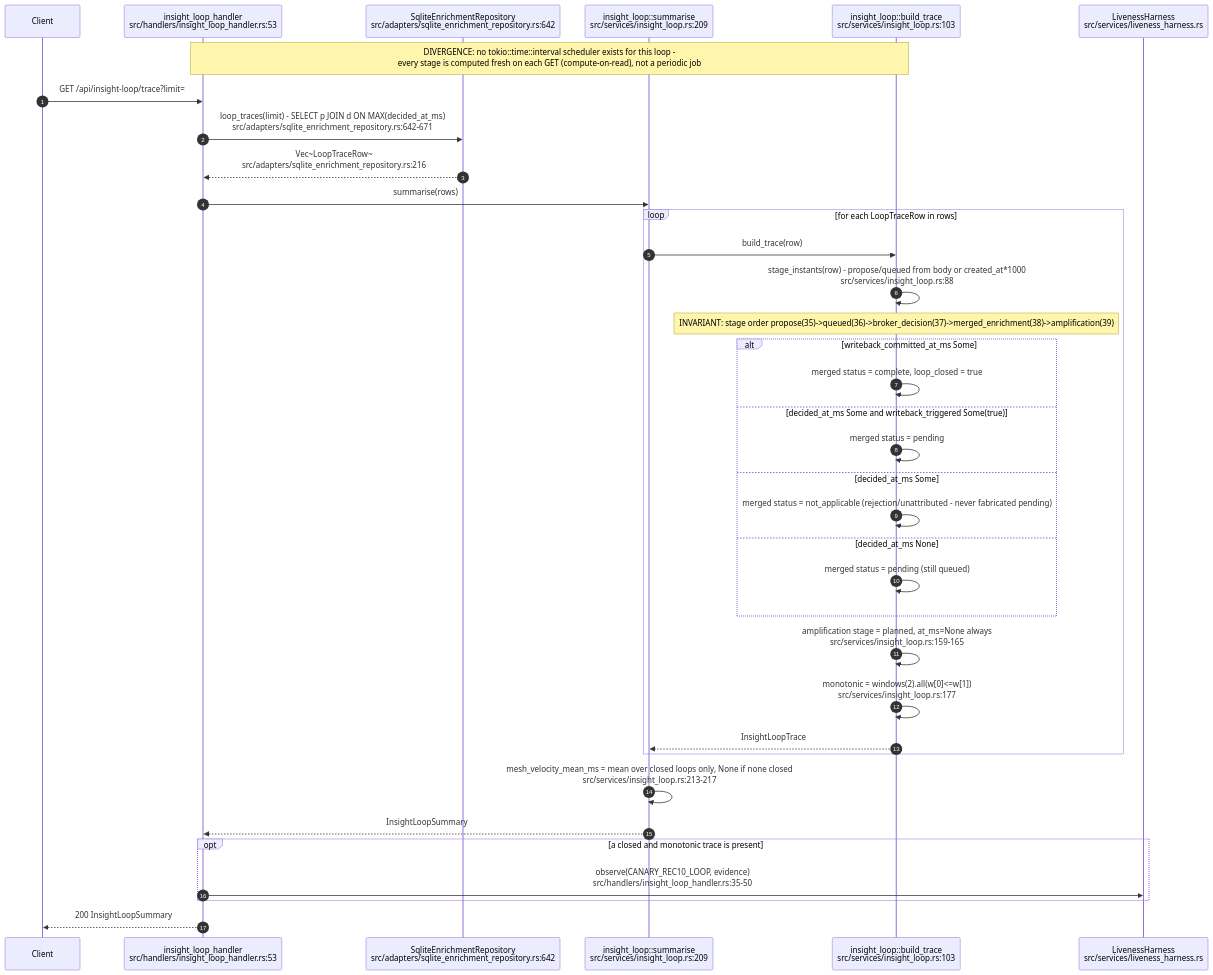
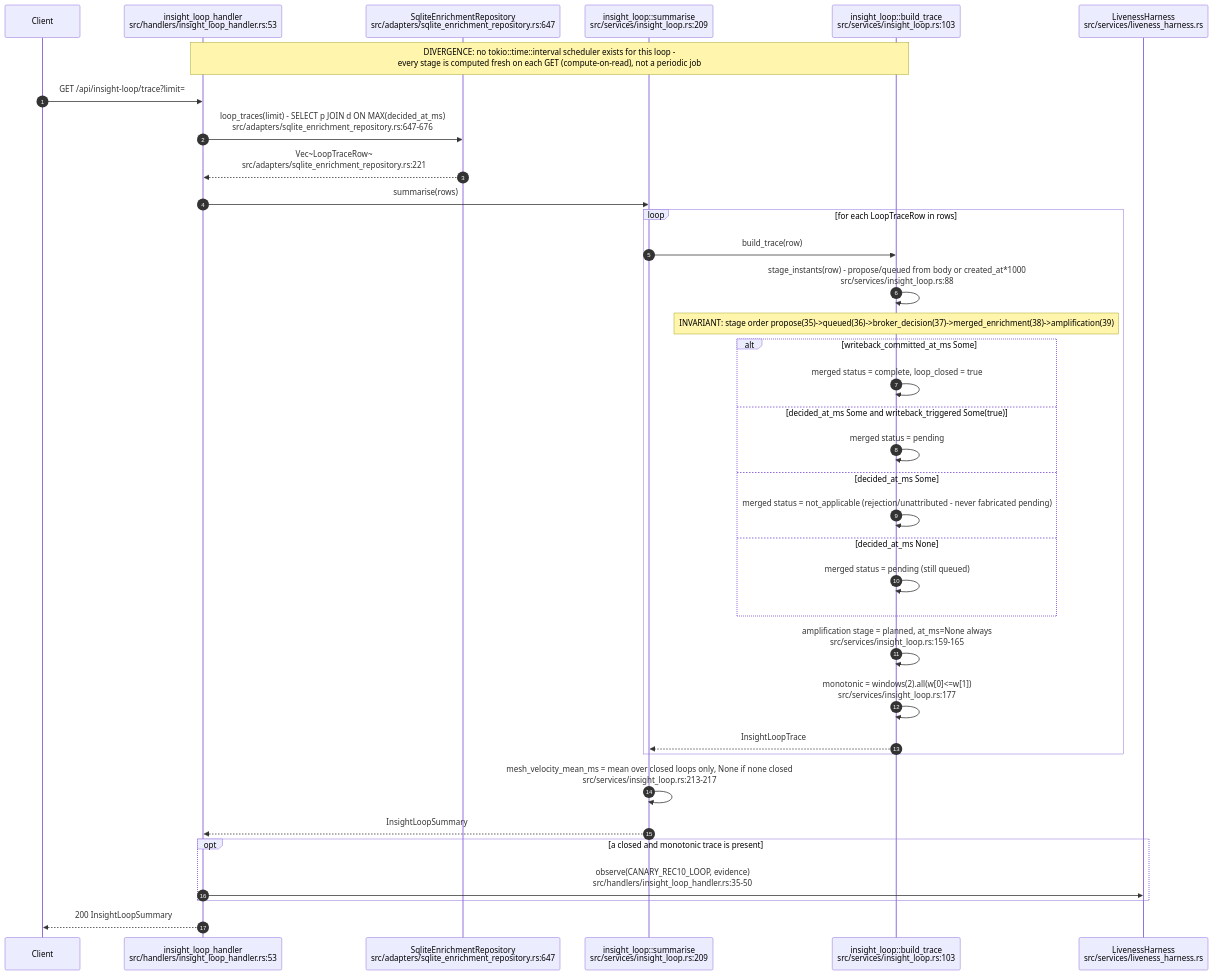
One commit to DreamLab-AI/AR-AI-Knowledge-Graph changed the first of 13 diagrams in docs/diagrams/visionclaw/25-insight-kpi-nlq-semantics.md. Above: the diagram before and after it, drawn with Mermaid. The commit also changed other lines of this file and 73 other files, not shown here.

First line of the commit message:
docs(diagrams): re-verify all 71 topic files against HEAD; add --cite-check

````diff
--- a/docs/diagrams/visionclaw/25-insight-kpi-nlq-semantics.md
+++ b/docs/diagrams/visionclaw/25-insight-kpi-nlq-semantics.md
@@ -49,39 +49,39 @@
 ```mermaid
 sequenceDiagram
     autonumber
     participant C as Client
     participant H as insight_loop_handler<br/>src/handlers/insight_loop_handler.rs:53
-    participant R as SqliteEnrichmentRepository<br/>src/adapters/sqlite_enrichment_repository.rs:642
+    participant R as SqliteEnrichmentRepository<br/>src/adapters/sqlite_enrichment_repository.rs:647
     participant L as insight_loop::summarise<br/>src/services/insight_loop.rs:209
     participant B as insight_loop::build_trace<br/>src/services/insight_loop.rs:103
     participant LH as LivenessHarness<br/>src/services/liveness_harness.rs
 
     Note over H,B: DIVERGENCE: no tokio::time::interval scheduler exists for this loop -<br/>every stage is computed fresh on each GET (compute-on-read), not a periodic job
     C->>H: GET /api/insight-loop/trace?limit=
-    H->>R: loop_traces(limit) - SELECT p JOIN d ON MAX(decided_at_ms)<br/>src/adapters/sqlite_enrichment_repository.rs:642-671
-    R-->>H: Vec~LoopTraceRow~<br/>src/adapters/sqlite_enrichment_repository.rs:216
+    H->>R: loop_traces(limit) - SELECT p JOIN d ON MAX(decided_at_ms)<br/>src/adapters/sqlite_enrichment_repository.rs:647-676
+    R-->>H: Vec~LoopTraceRow~<br/>src/adapters/sqlite_enrichment_repository.rs:221
     H->>L: summarise(rows)
     loop for each LoopTraceRow in rows
         L->>B: build_trace(row)
         B->>B: stage_instants(row) - propose/queued from body or created_at*1000<br/>src/services/insight_loop.rs:88
         Note over B: INVARIANT: stage order propose(35)->queued(36)->broker_decision(37)->merged_enrichment(38)->amplification(39)
         alt writeback_committed_at_ms Some
             B->>B: merged status = complete, loop_closed = true
         else decided_at_ms Some and writeback_triggered Some(true)
             B->>B: merged status = pending
         else decided_at_ms Some
             B->>B: merged status = not_applicable (rejection/unattributed - never fabricated pending)
         else decided_at_ms None
             B->>B: merged status = pending (still queued)
         end
         B->>B: amplification stage = planned, at_ms=None always<br/>src/services/insight_loop.rs:159-165
         B->>B: monotonic = windows(2).all(w[0]<=w[1])<br/>src/services/insight_loop.rs:177
         B-->>L: InsightLoopTrace
     end
     L->>L: mesh_velocity_mean_ms = mean over closed loops only, None if none closed<br/>src/services/insight_loop.rs:213-217
     L-->>H: InsightLoopSummary
     opt a closed and monotonic trace is present
         H->>LH: observe(CANARY_REC10_LOOP, evidence)<br/>src/handlers/insight_loop_handler.rs:35-50
     end
     H-->>C: 200 InsightLoopSummary
 ```
````
